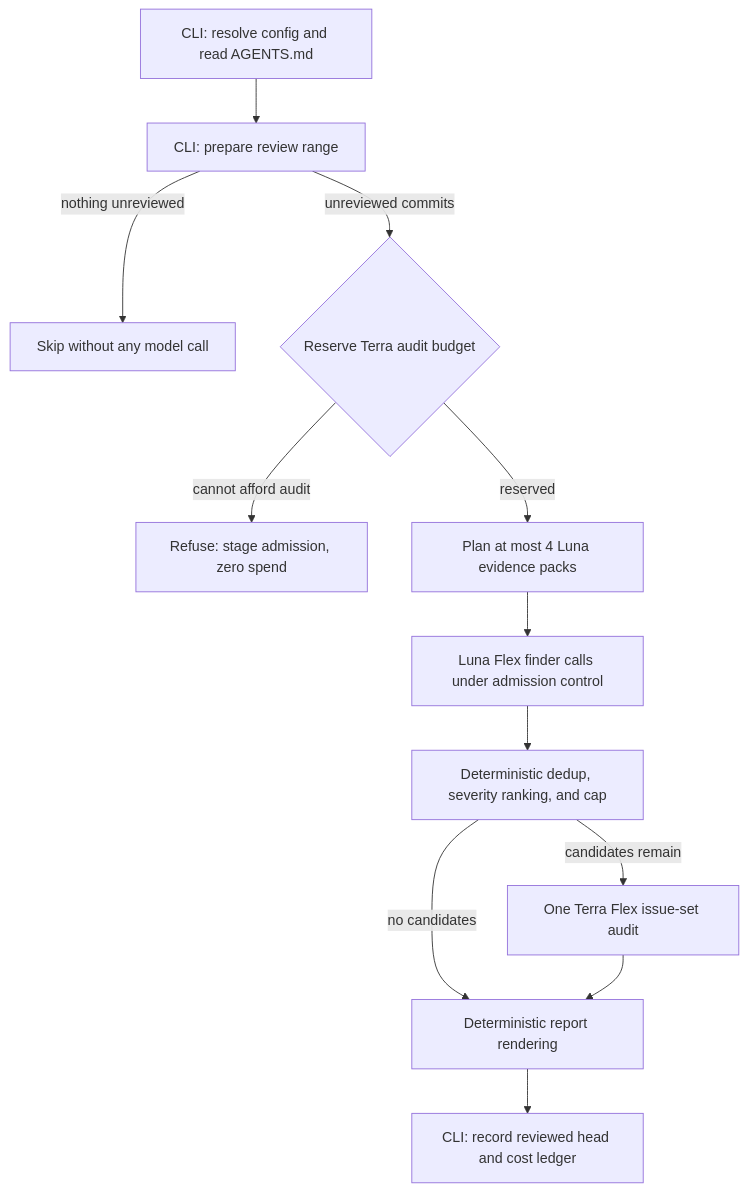
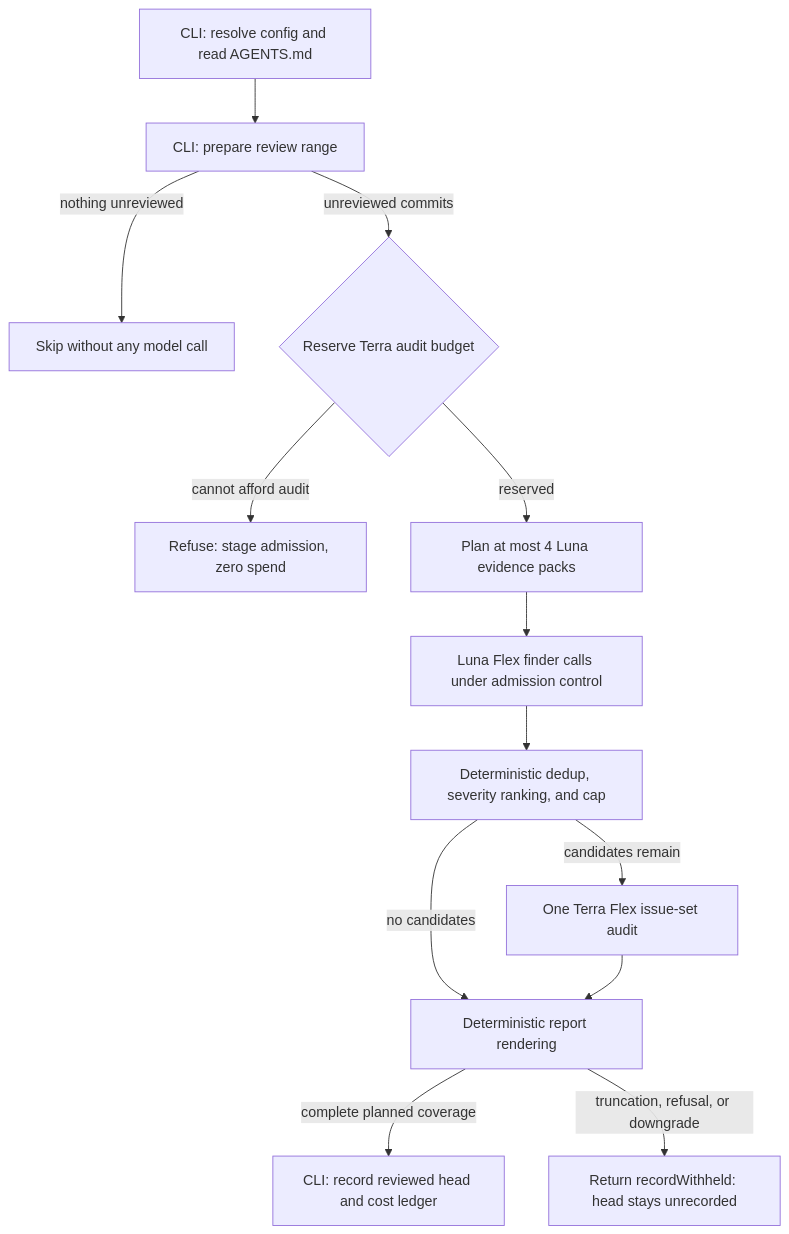
Before and after one commit to leynos/dakar: the diagram in README.md, drawn with Mermaid. The commit also changed other lines of this file and 4 other files, not shown here.

````diff
--- a/README.md
+++ b/README.md
@@ -56,14 +56,15 @@
 ```mermaid
 flowchart TD
   A[CLI: resolve config and read AGENTS.md] --> B[CLI: prepare review range]
   B -->|nothing unreviewed| S[Skip without any model call]
   B -->|unreviewed commits| C{Reserve Terra audit budget}
   C -->|cannot afford audit| R[Refuse: stage admission, zero spend]
   C -->|reserved| D[Plan at most 4 Luna evidence packs]
   D --> E[Luna Flex finder calls under admission control]
   E --> F[Deterministic dedup, severity ranking, and cap]
   F -->|candidates remain| G[One Terra Flex issue-set audit]
   F -->|no candidates| H[Deterministic report rendering]
   G --> H
-  H --> I[CLI: record reviewed head and cost ledger]
+  H -->|complete planned coverage| I[CLI: record reviewed head and cost ledger]
+  H -->|truncation, refusal, or downgrade| W[Return recordWithheld: head stays unrecorded]
 ```
````
